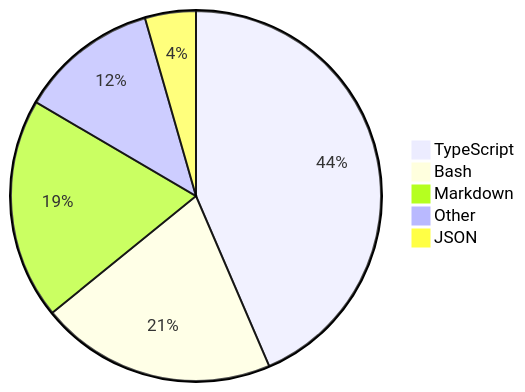
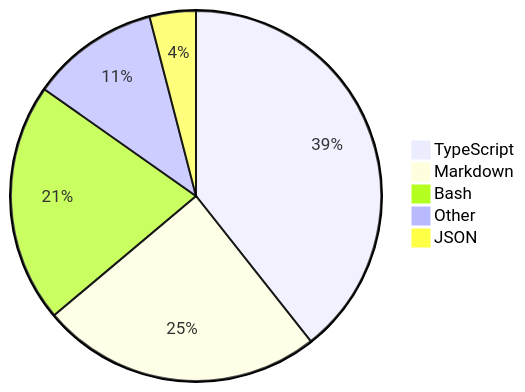
The diagram in README.md (skvggor/skvggor), drawn with Mermaid before and after one commit.

Commit message:
Updated waka-readme graph with new metrics

````diff
--- a/README.md
+++ b/README.md
@@ -35,8 +35,8 @@
 ```mermaid
 pie
-    "TypeScript" : 43.1
-    "Bash" : 20.4
-    "Markdown" : 19.1
-    "Other" : 12.0
-    "JSON" : 4.4
+    "TypeScript" : 39.0
+    "Markdown" : 24.3
+    "Bash" : 20.7
+    "Other" : 11.1
+    "JSON" : 4.0
 ```
````
